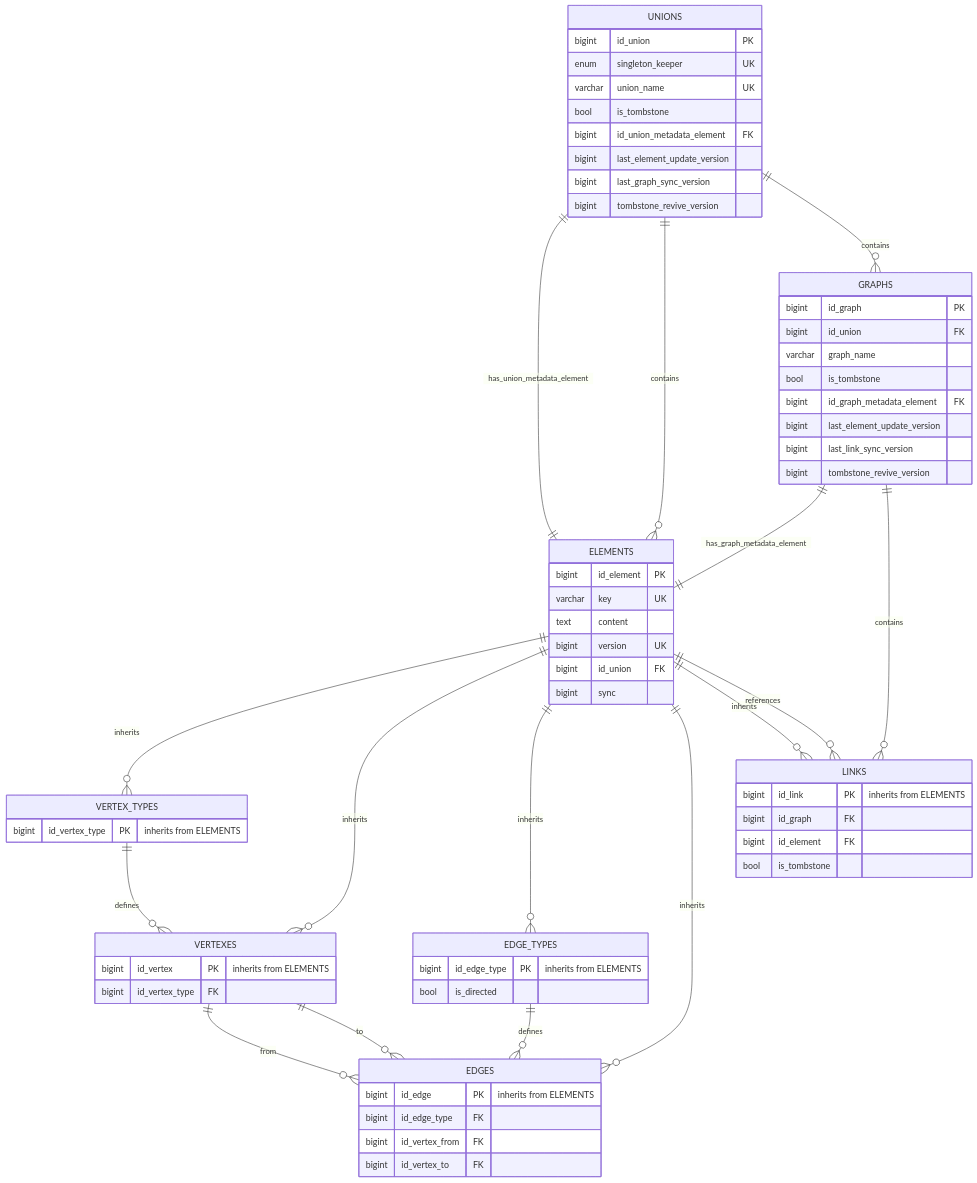
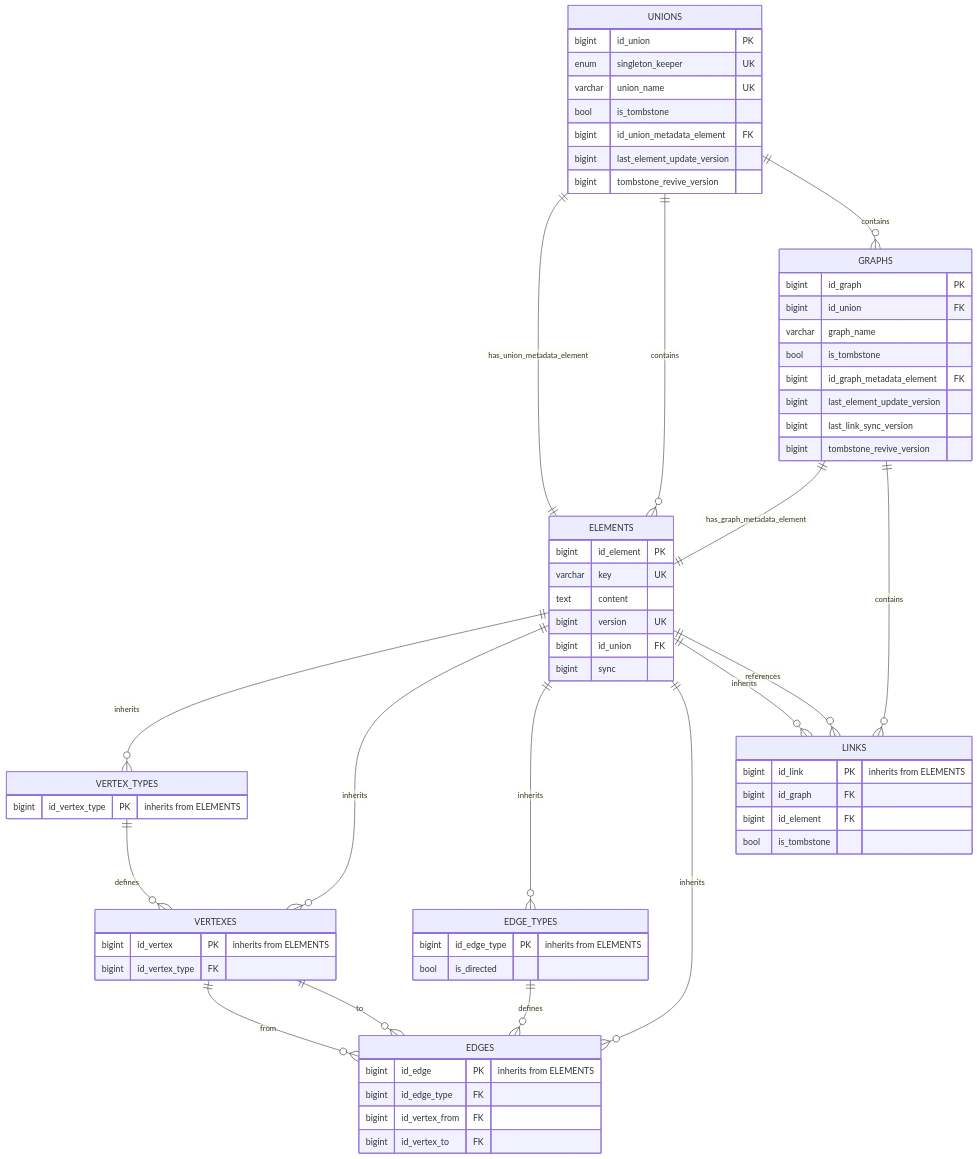
Before and after one commit to flower-org/ViUn: the diagram in ViUn source DB (legacy).md, drawn with Mermaid. The commit also changed other lines of this file, not shown here.

````diff
--- a/ViUn source DB (legacy).md
+++ b/ViUn source DB (legacy).md
@@ -5,76 +8,75 @@
 ```mermaid
 erDiagram
     UNIONS ||--|| ELEMENTS : "has_union_metadata_element"
     UNIONS ||--o{ ELEMENTS : contains
     UNIONS ||--o{ GRAPHS : contains
     UNIONS {
         bigint id_union PK
         enum singleton_keeper UK
         varchar union_name UK
         bool is_tombstone
         bigint id_union_metadata_element FK
         bigint last_element_update_version
-        bigint last_graph_sync_version
         bigint tombstone_revive_version
     }
 
     ELEMENTS ||--o{ VERTEX_TYPES : "inherits"
     ELEMENTS ||--o{ VERTEXES : "inherits"
     ELEMENTS ||--o{ EDGE_TYPES : "inherits"
     ELEMENTS ||--o{ EDGES : "inherits"
     ELEMENTS ||--o{ LINKS : "inherits"
     ELEMENTS ||--o{ LINKS : references
     ELEMENTS {
         bigint id_element PK
         varchar key UK
         text content
         bigint version UK
         bigint id_union FK
         bigint sync
     }
 
     VERTEX_TYPES ||--o{ VERTEXES : "defines"
     VERTEX_TYPES {
         bigint id_vertex_type PK "inherits from ELEMENTS"
     }
 
     VERTEXES ||--o{ EDGES : "from"
     VERTEXES ||--o{ EDGES : "to"
     VERTEXES {
         bigint id_vertex PK "inherits from ELEMENTS"
         bigint id_vertex_type FK
     }
 
     EDGE_TYPES {
         bigint id_edge_type PK "inherits from ELEMENTS"
         bool is_directed
     }
 
     EDGE_TYPES ||--o{ EDGES : "defines"
     EDGES {
         bigint id_edge PK "inherits from ELEMENTS"
         bigint id_edge_type FK
         bigint id_vertex_from FK
         bigint id_vertex_to FK
     }
 
     GRAPHS ||--|| ELEMENTS : "has_graph_metadata_element"
     GRAPHS ||--o{ LINKS : contains
     GRAPHS {
         bigint id_graph PK
         bigint id_union FK
         varchar graph_name
         bool is_tombstone
         bigint id_graph_metadata_element FK
         bigint last_element_update_version
         bigint last_link_sync_version
         bigint tombstone_revive_version
     }
 
     LINKS {
         bigint id_link PK "inherits from ELEMENTS"
         bigint id_graph FK
         bigint id_element FK
         bool is_tombstone
     }
 ```
````
